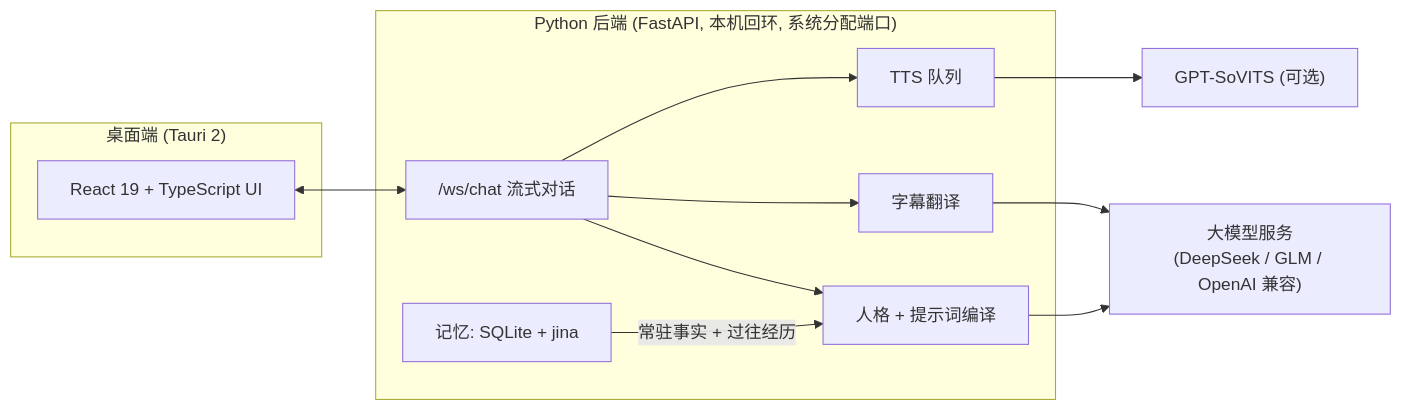
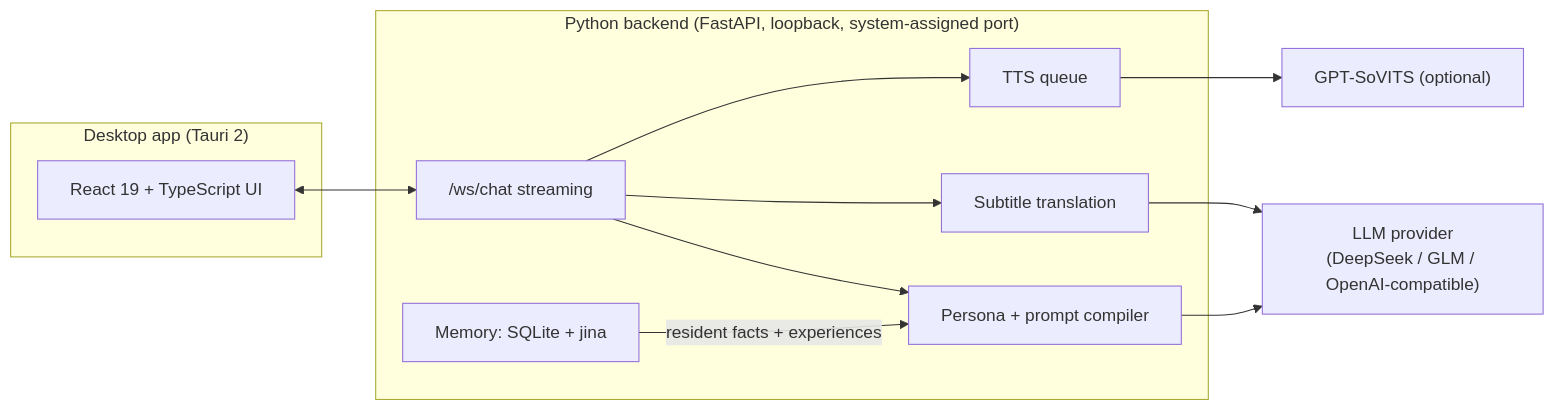
Before and after one commit to meditecnic/AMADEUS: the diagram in README.md, drawn with Mermaid. The commit also changed other lines of this file, not shown here.

````diff
--- a/README.md
+++ b/README.md
@@ -36,20 +148,20 @@
 ```mermaid
 flowchart LR
-  subgraph Desktop["桌面端 (Tauri 2)"]
+  subgraph Desktop["Desktop app (Tauri 2)"]
     UI["React 19 + TypeScript UI"]
   end
-  subgraph Backend["Python 后端 (FastAPI, 本机回环, 系统分配端口)"]
-    WS["/ws/chat 流式对话"]
-    Persona["人格 + 提示词编译"]
-    Mem["记忆: SQLite + jina"]
-    Tr["字幕翻译"]
-    TTS["TTS 队列"]
+  subgraph Backend["Python backend (FastAPI, loopback, system-assigned port)"]
+    WS["/ws/chat streaming"]
+    Persona["Persona + prompt compiler"]
+    Mem["Memory: SQLite + jina"]
+    Tr["Subtitle translation"]
+    TTS["TTS queue"]
   end
-  LLM["大模型服务<br/>(DeepSeek / GLM / OpenAI 兼容)"]
-  Sovits["GPT-SoVITS (可选)"]
+  LLM["LLM provider<br/>(DeepSeek / GLM / OpenAI-compatible)"]
+  Sovits["GPT-SoVITS (optional)"]
   UI <--> WS
   WS --> Persona --> LLM
-  Mem -- "常驻事实 + 过往经历" --> Persona
+  Mem -- "resident facts + experiences" --> Persona
   WS --> Tr --> LLM
   WS --> TTS --> Sovits
 ```
````
